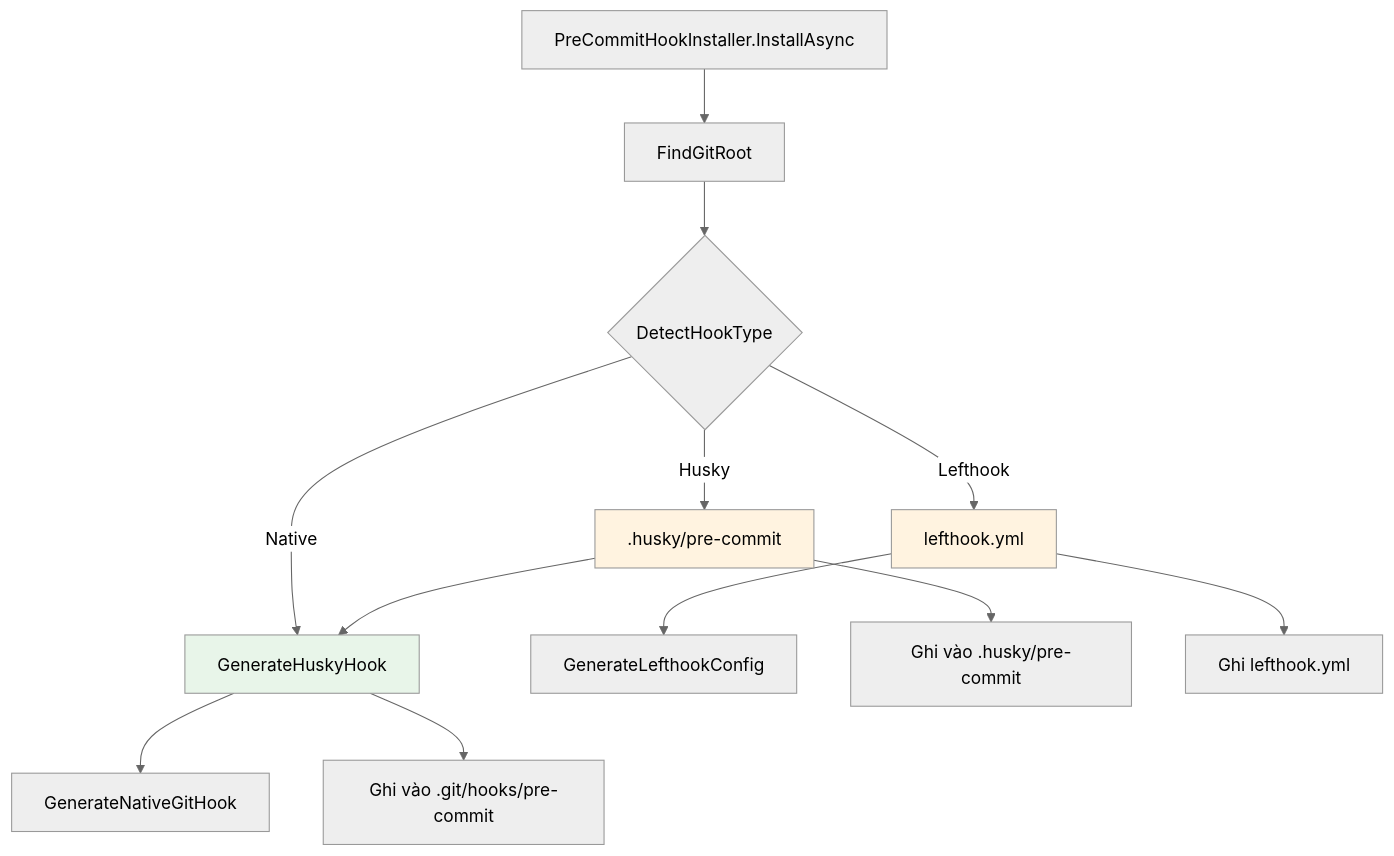
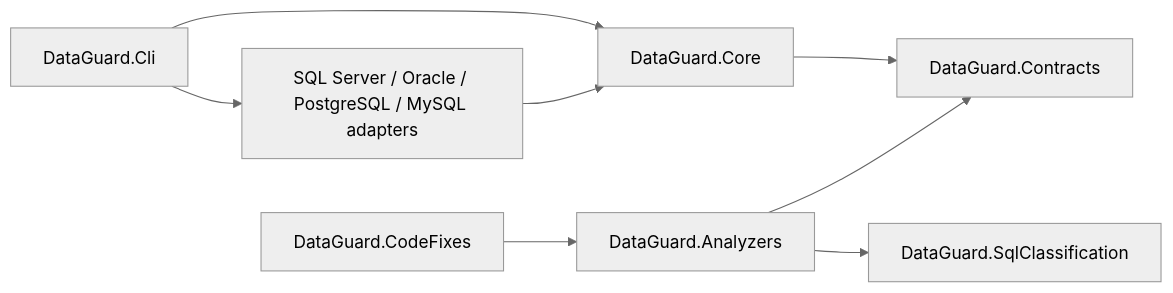
Before and after one commit to thanhnt-sm/eco_support_net_oracle: the second of 2 diagrams in docs/architecture.md, drawn with Mermaid (neutral theme). The commit also changed other lines of this file and 98 other files, not shown here.

````diff
--- a/docs/architecture.md
+++ b/docs/architecture.md
@@ -351,20 +40,10 @@
 ```mermaid
-graph TD
-    A[PreCommitHookInstaller.InstallAsync] --> B[FindGitRoot]
-    B --> C{DetectHookType}
-    C -->|Husky| D[.husky/pre-commit]
-    C -->|Lefthook| E[lefthook.yml]
-    C -->|Native| F[.git/hooks/pre-commit]
-
-    D --> F[GenerateHuskyHook]
-    E --> G[GenerateLefthookConfig]
-    F --> H[GenerateNativeGitHook]
-
-    F --> I[Ghi vào .git/hooks/pre-commit]
-    D --> J[Ghi vào .husky/pre-commit]
-    E --> K[Ghi lefthook.yml]
-
-    style F fill:#e8f5e9
-    style D fill:#fff3e0
-    style E fill:#fff3e0
+flowchart LR
+    CLI[DataGuard.Cli] --> Core[DataGuard.Core]
+    CLI --> Adapters[SQL Server / Oracle / PostgreSQL / MySQL adapters]
+    Adapters --> Core
+    Core --> Contracts[DataGuard.Contracts]
+    Analyzers[DataGuard.Analyzers] --> Contracts
+    Analyzers --> Classification[DataGuard.SqlClassification]
+    CodeFixes[DataGuard.CodeFixes] --> Analyzers
 ```
````
